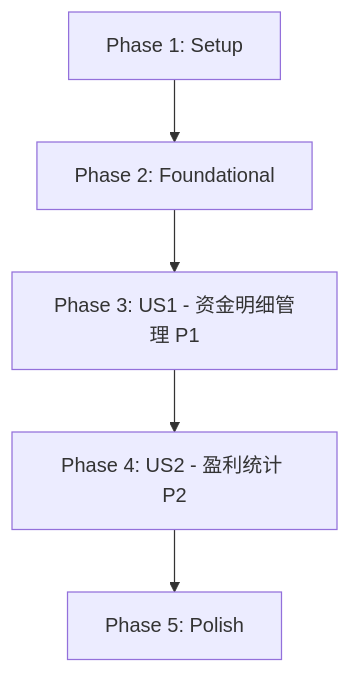
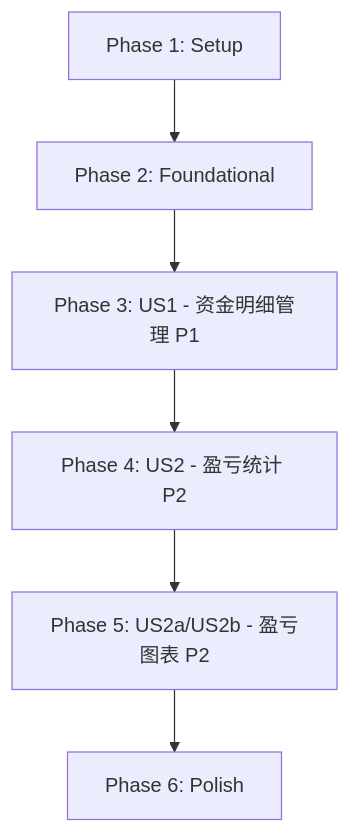
One commit to dolphinzb/StockAnalyzer changed the diagram in specs/013-fund-management/tasks.md. Above: the diagram before and after it, drawn with Mermaid. The commit also changed other lines of this file and 17 other files, not shown here.

````diff
--- a/specs/013-fund-management/tasks.md
+++ b/specs/013-fund-management/tasks.md
@@ -12,7 +12,8 @@
 ```mermaid
 graph TD
     A[Phase 1: Setup] --> B[Phase 2: Foundational]
     B --> C[Phase 3: US1 - 资金明细管理 P1]
-    C --> D[Phase 4: US2 - 盈利统计 P2]
-    D --> E[Phase 5: Polish]
+    C --> D[Phase 4: US2 - 盈亏统计 P2]
+    D --> E[Phase 5: US2a/US2b - 盈亏图表 P2]
+    E --> F[Phase 6: Polish]
 ```
````
